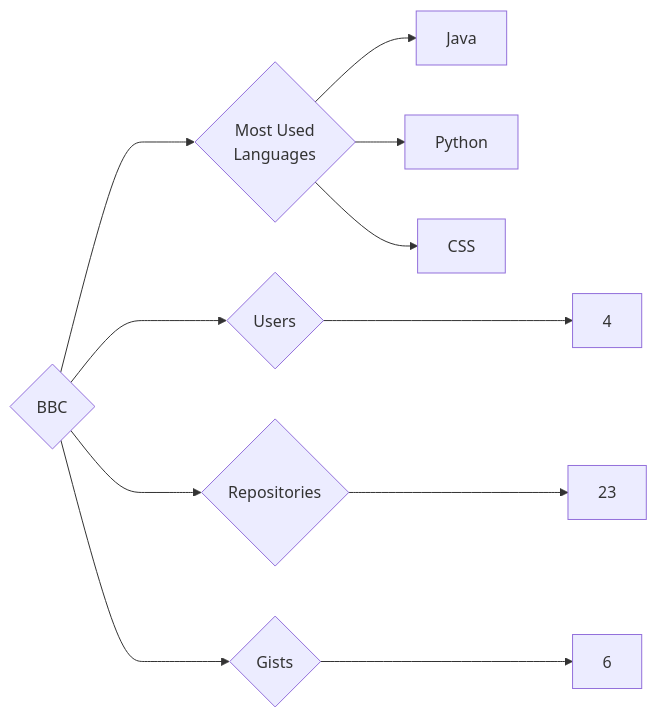
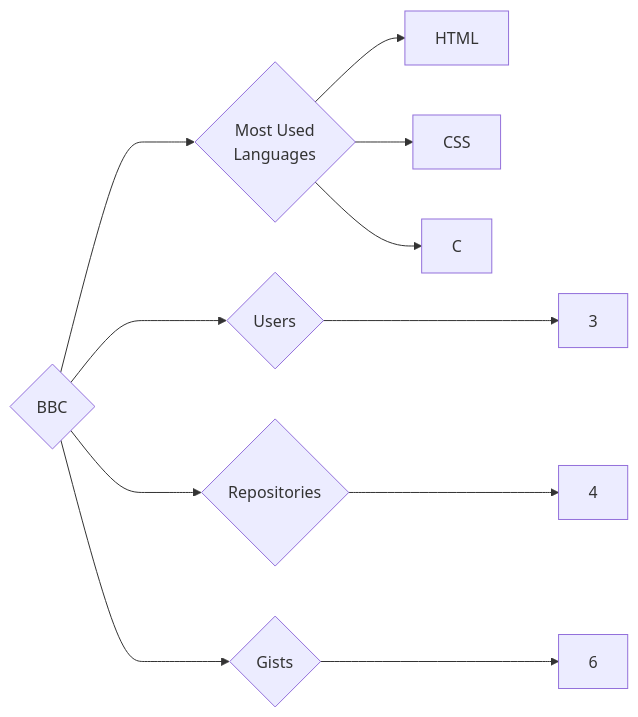
One commit to trickest/insiders changed the diagram in targets/BBC/README.md. Above: the diagram before and after it, drawn with Mermaid. The commit also changed 1175 other files, not shown here.

````diff
--- a/targets/BBC/README.md
+++ b/targets/BBC/README.md
@@ -3,11 +3,11 @@
 ```mermaid
 graph LR
 COMPANY_NAME{BBC}
-COMPANY_NAME ---> U{Users} ---> UN[4]
-COMPANY_NAME ---> R{Repositories} ---> RN[23]
+COMPANY_NAME ---> U{Users} ---> UN[3]
+COMPANY_NAME ---> R{Repositories} ---> RN[4]
 COMPANY_NAME ---> G{Gists} ---> GN[6]
 COMPANY_NAME ---> ML{Most Used<br>Languages}
-ML --> Java[Java]
-ML --> Python[Python]
+ML --> HTML[HTML]
 ML --> CSS[CSS]
+ML --> C[C]
 ```
````
